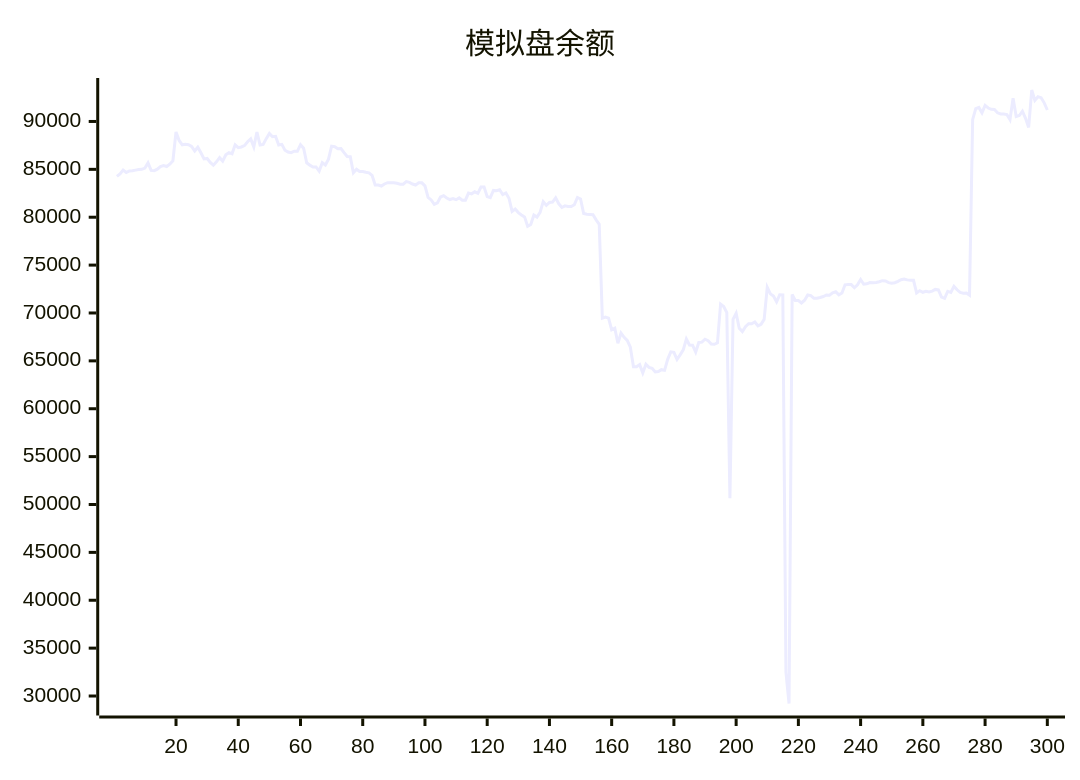
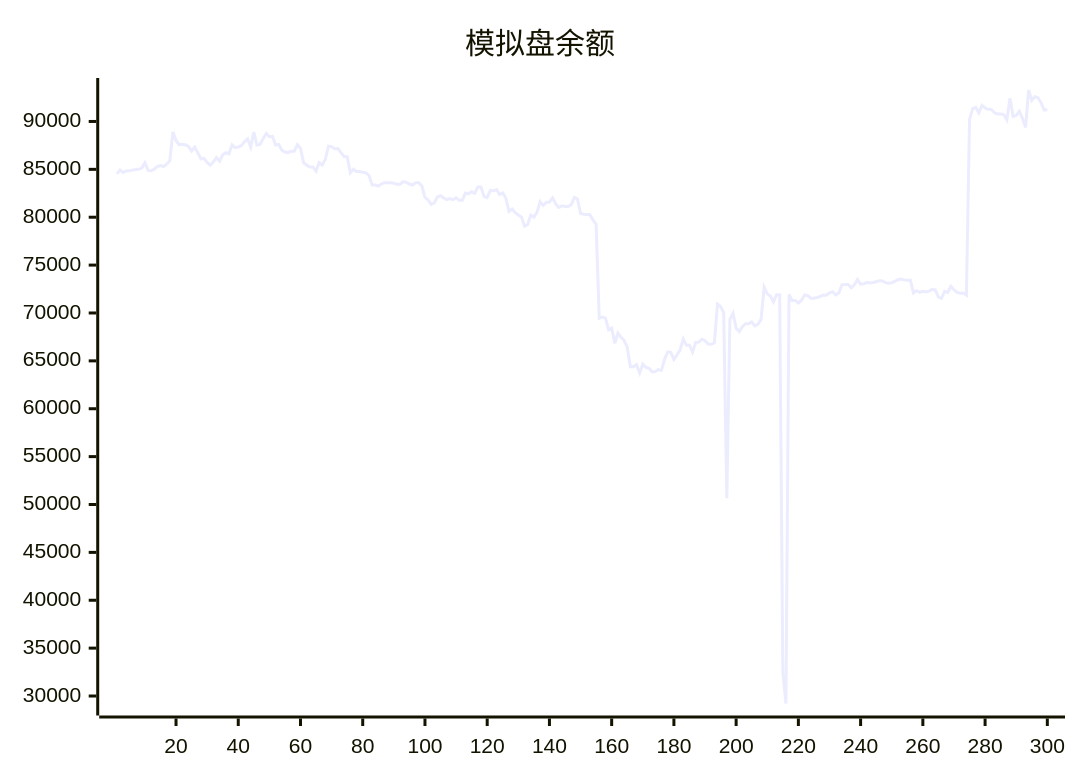
The diagram in README.md (aahl/ai-trading), drawn with Mermaid before and after one commit. The commit also changed other lines of this file and 1 other file, not shown here.

````diff
--- a/README.md
+++ b/README.md
@@ -5,5 +5,5 @@
 ```mermaid
 xychart
     title "模拟盘余额"
-    line [84265,84527,84919,84668,84834,84850,84916,84981,85004,85131,85674,84891,84864,85019,85284,85393,85294,85538,85894,88904,88012,87567,87625,87568,87386,86920,87313,86737,86094,86143,85725,85437,85787,86219,85859,86526,86740,86630,87563,87264,87335,87483,87886,88180,87335,88894,87544,87608,88207,88755,88401,88444,87543,87608,87000,86810,86740,86894,86884,87576,87209,85686,85435,85251,85255,84820,85689,85453,86066,87420,87373,87161,87178,86740,86341,86315,84643,85012,84772,84768,84690,84635,84376,83360,83357,83259,83474,83608,83606,83602,83548,83440,83454,83724,83644,83464,83365,83590,83592,83275,82072,81806,81344,81492,82109,82254,82006,81848,81955,81829,82022,81769,81776,82522,82441,82656,82498,83144,83144,82150,82038,82797,82763,82872,82367,82536,81981,80612,80862,80484,80242,80034,79063,79245,80226,80016,80507,81625,81233,81544,81578,82016,81401,81019,81186,81130,81118,81306,82066,81909,80392,80304,80291,80258,79729,79261,69466,69579,69456,68251,68415,66832,67911,67462,67144,66432,64380,64375,64606,63740,64647,64324,64216,63842,63877,64078,64008,65156,65945,65888,65157,65625,66144,67284,66653,66639,65924,66925,66956,67263,67108,66766,66729,66886,70927,70673,70049,50652,69334,69973,68400,68061,68578,68876,68879,69055,68662,68822,69329,72687,71999,71760,71162,71911,71896,32500,29218,71927,71297,71305,71044,71337,71883,71822,71536,71536,71622,71723,71880,71860,72100,72216,71887,72077,72940,72976,72966,72638,72948,73497,73004,73041,73173,73160,73186,73258,73375,73351,73173,73098,73161,73305,73474,73536,73457,73413,73412,72100,72333,72164,72272,72204,72285,72461,72421,71652,71521,72267,72157,72774,72424,72144,72060,72091,71858,90185,91338,91466,90900,91678,91404,91268,91244,90903,90779,90787,90721,90187,92429,90518,90619,91070,90328,89376,93286,92202,92581,92485,91947,91196]
+    line [84527,84919,84668,84834,84850,84916,84981,85004,85131,85674,84891,84864,85019,85284,85393,85294,85538,85894,88904,88012,87567,87625,87568,87386,86920,87313,86737,86094,86143,85725,85437,85787,86219,85859,86526,86740,86630,87563,87264,87335,87483,87886,88180,87335,88894,87544,87608,88207,88755,88401,88444,87543,87608,87000,86810,86740,86894,86884,87576,87209,85686,85435,85251,85255,84820,85689,85453,86066,87420,87373,87161,87178,86740,86341,86315,84643,85012,84772,84768,84690,84635,84376,83360,83357,83259,83474,83608,83606,83602,83548,83440,83454,83724,83644,83464,83365,83590,83592,83275,82072,81806,81344,81492,82109,82254,82006,81848,81955,81829,82022,81769,81776,82522,82441,82656,82498,83144,83144,82150,82038,82797,82763,82872,82367,82536,81981,80612,80862,80484,80242,80034,79063,79245,80226,80016,80507,81625,81233,81544,81578,82016,81401,81019,81186,81130,81118,81306,82066,81909,80392,80304,80291,80258,79729,79261,69466,69579,69456,68251,68415,66832,67911,67462,67144,66432,64380,64375,64606,63740,64647,64324,64216,63842,63877,64078,64008,65156,65945,65888,65157,65625,66144,67284,66653,66639,65924,66925,66956,67263,67108,66766,66729,66886,70927,70673,70049,50652,69334,69973,68400,68061,68578,68876,68879,69055,68662,68822,69329,72687,71999,71760,71162,71911,71896,32500,29218,71927,71297,71305,71044,71337,71883,71822,71536,71536,71622,71723,71880,71860,72100,72216,71887,72077,72940,72976,72966,72638,72948,73497,73004,73041,73173,73160,73186,73258,73375,73351,73173,73098,73161,73305,73474,73536,73457,73413,73412,72100,72333,72164,72272,72204,72285,72461,72421,71652,71521,72267,72157,72774,72424,72144,72060,72091,71858,90185,91338,91466,90900,91678,91404,91268,91244,90903,90779,90787,90721,90187,92429,90518,90619,91070,90328,89376,93286,92202,92581,92485,91947,91196,91259]
 ```
````
